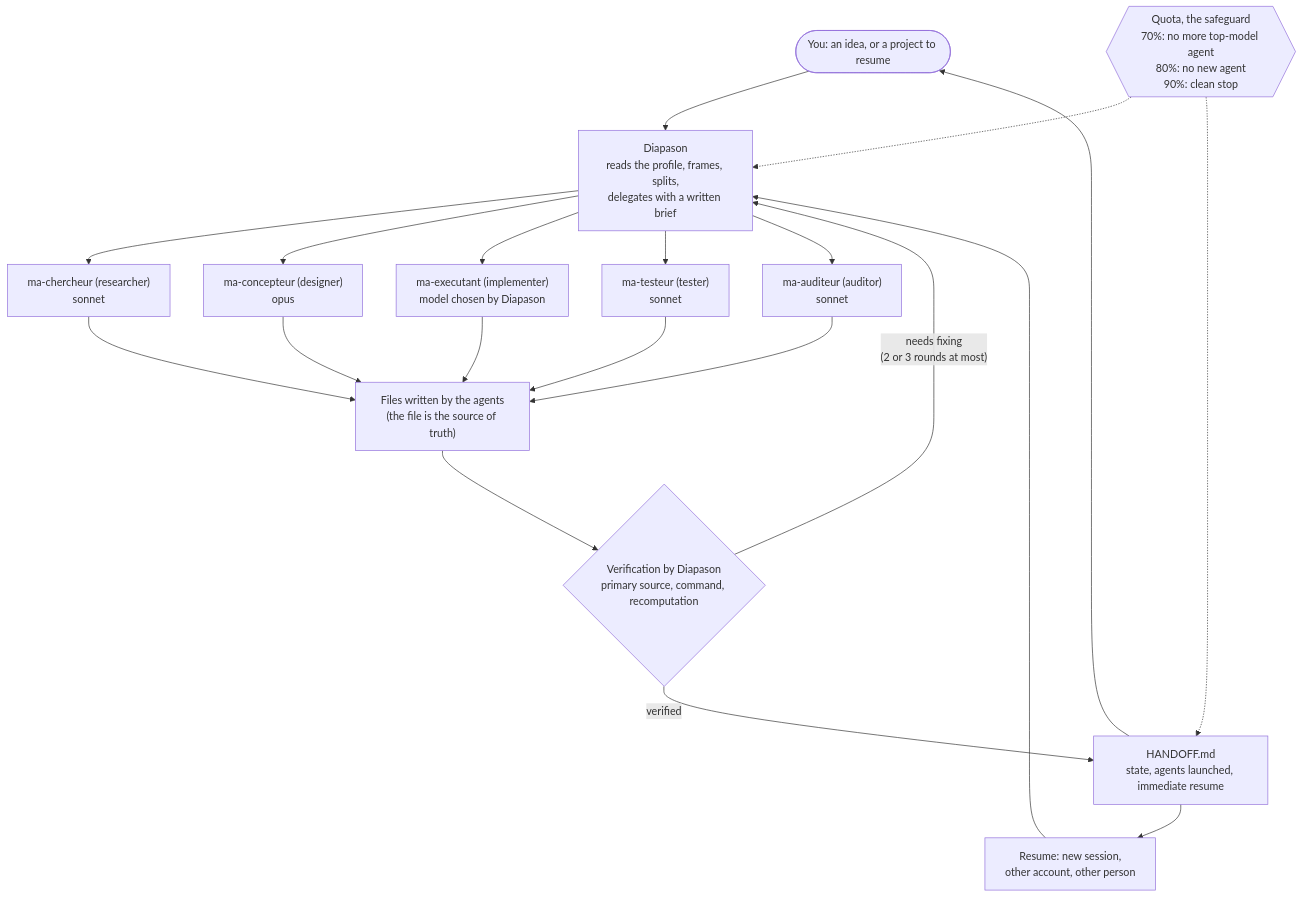
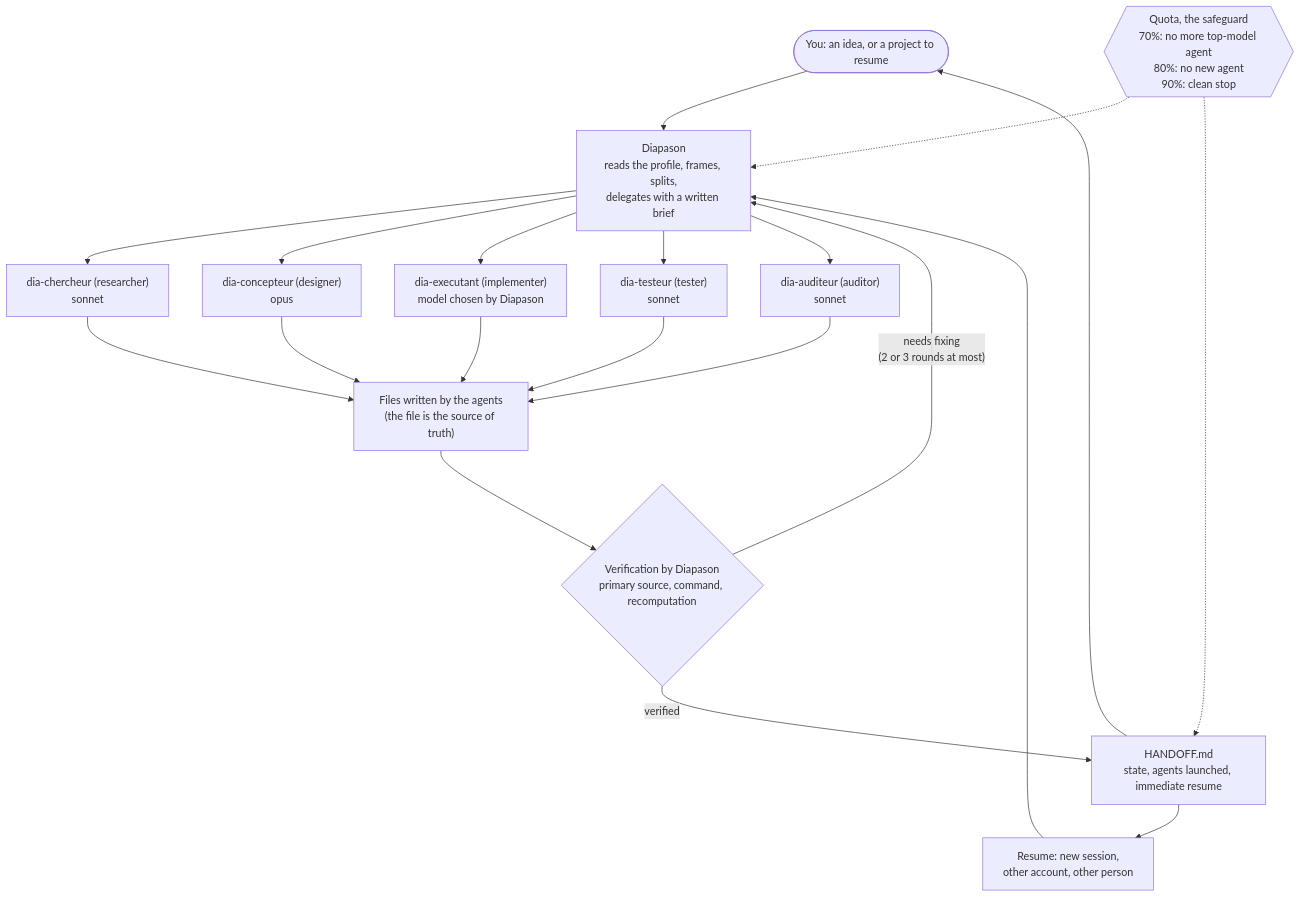
One commit to MalikChopa/diapason changed the diagram in GUIDE.en.md. Above: the diagram before and after it, drawn with Mermaid. The commit also changed other lines of this file and 47 other files, not shown here.

````diff
--- a/GUIDE.en.md
+++ b/GUIDE.en.md
@@ -27,26 +27,26 @@
 ```mermaid
 flowchart TD
     U(["You: an idea, or a project to resume"]) --> M["Diapason<br/>reads the profile, frames, splits,<br/>delegates with a written brief"]
 
-    M --> A1["ma-chercheur (researcher)<br/>sonnet"]
-    M --> A2["ma-concepteur (designer)<br/>opus"]
-    M --> A3["ma-executant (implementer)<br/>model chosen by Diapason"]
-    M --> A4["ma-testeur (tester)<br/>sonnet"]
-    M --> A5["ma-auditeur (auditor)<br/>sonnet"]
+    M --> A1["dia-chercheur (researcher)<br/>sonnet"]
+    M --> A2["dia-concepteur (designer)<br/>opus"]
+    M --> A3["dia-executant (implementer)<br/>model chosen by Diapason"]
+    M --> A4["dia-testeur (tester)<br/>sonnet"]
+    M --> A5["dia-auditeur (auditor)<br/>sonnet"]
 
     A1 --> F["Files written by the agents<br/>(the file is the source of truth)"]
     A2 --> F
     A3 --> F
     A4 --> F
     A5 --> F
 
     F --> V{"Verification by Diapason<br/>primary source, command, recomputation"}
     V -- "needs fixing<br/>(2 or 3 rounds at most)" --> M
     V -- "verified" --> H["HANDOFF.md<br/>state, agents launched, immediate resume"]
     H --> R["Resume: new session,<br/>other account, other person"]
     R --> M
     H --> U
 
     Q{{"Quota, the safeguard<br/>70%: no more top-model agent<br/>80%: no new agent<br/>90%: clean stop"}} -.-> M
     Q -.-> H
 ```
````
